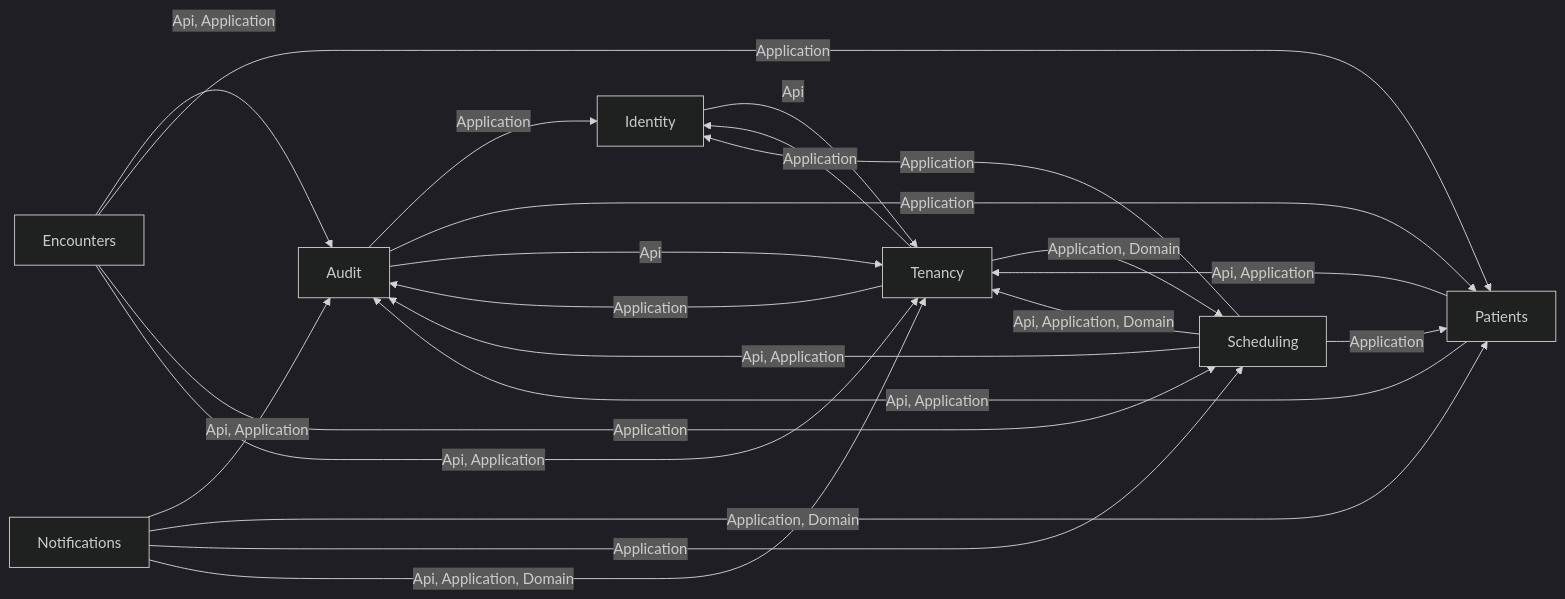
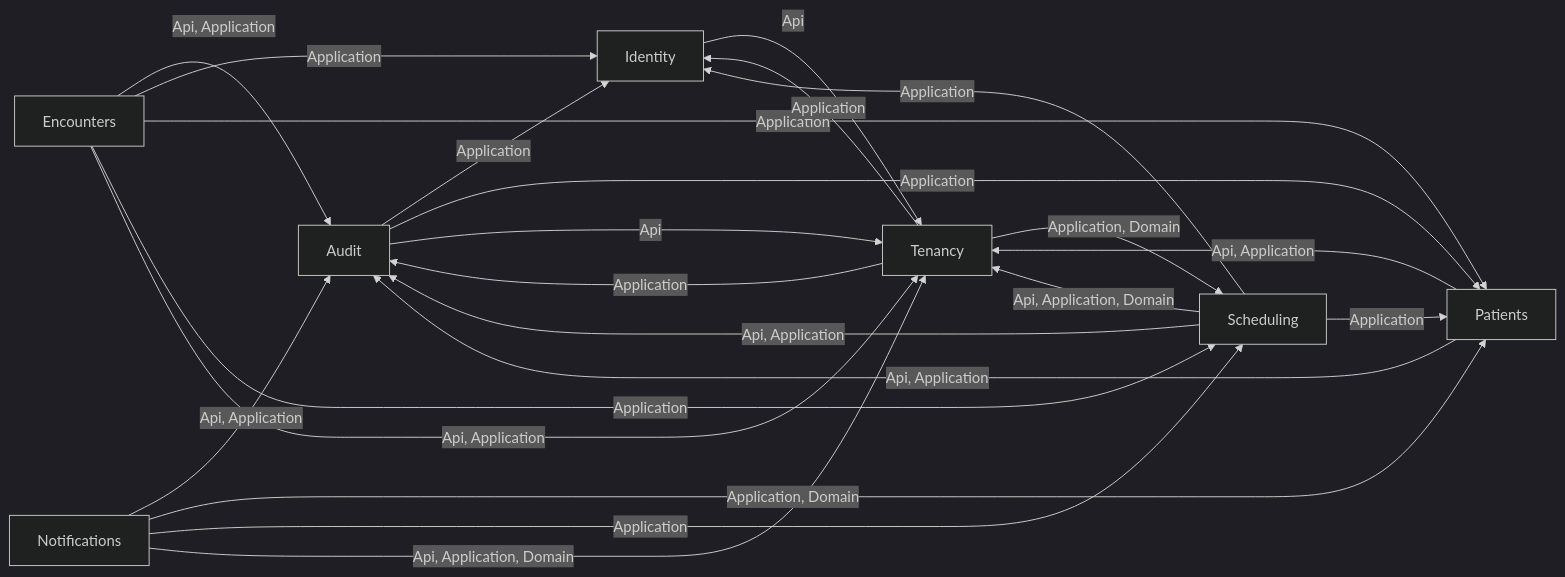
Before and after one commit to ALFRED-LUCIFER/medvya: the second of 13 diagrams in docs/03-architecture/erd.md, drawn with Mermaid (dark theme). The commit also changed 23 other files, not shown here.

Commit message:
MDV-P2-005: longitudinal timeline and trends (E-02) with source labels, combinable filters, Load earlier

````diff
--- a/docs/03-architecture/erd.md
+++ b/docs/03-architecture/erd.md
@@ -55,24 +55,25 @@
 ```mermaid
 flowchart LR
   Audit -->|"Application"| Identity
   Audit -->|"Application"| Patients
   Audit -->|"Api"| Tenancy
   Encounters -->|"Api, Application"| Audit
+  Encounters -->|"Application"| Identity
   Encounters -->|"Application"| Patients
   Encounters -->|"Application"| Scheduling
   Encounters -->|"Api, Application"| Tenancy
   Identity -->|"Api"| Tenancy
   Notifications -->|"Api, Application"| Audit
   Notifications -->|"Application, Domain"| Patients
   Notifications -->|"Application"| Scheduling
   Notifications -->|"Api, Application, Domain"| Tenancy
   Patients -->|"Api, Application"| Audit
   Patients -->|"Api, Application"| Tenancy
   Scheduling -->|"Api, Application"| Audit
   Scheduling -->|"Application"| Identity
   Scheduling -->|"Application"| Patients
   Scheduling -->|"Api, Application, Domain"| Tenancy
   Tenancy -->|"Application"| Audit
   Tenancy -->|"Application"| Identity
   Tenancy -->|"Application, Domain"| Scheduling
 ```
````
